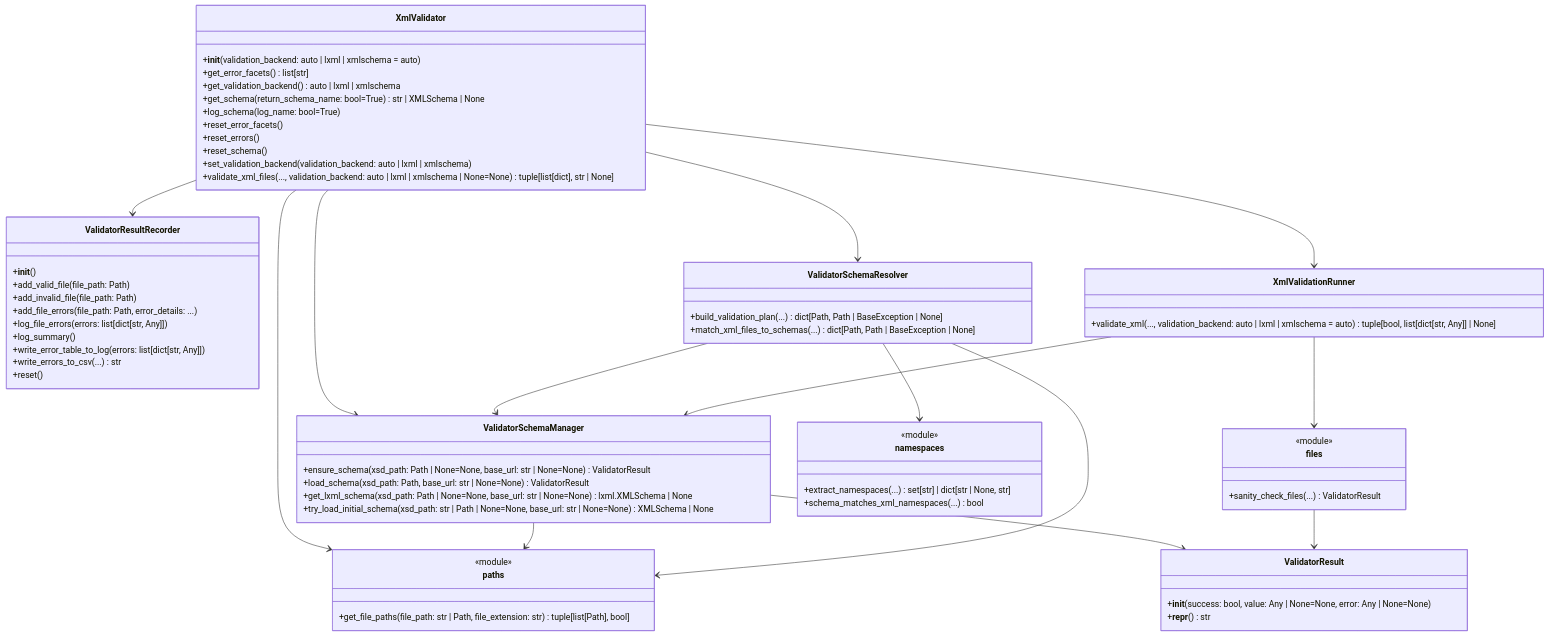
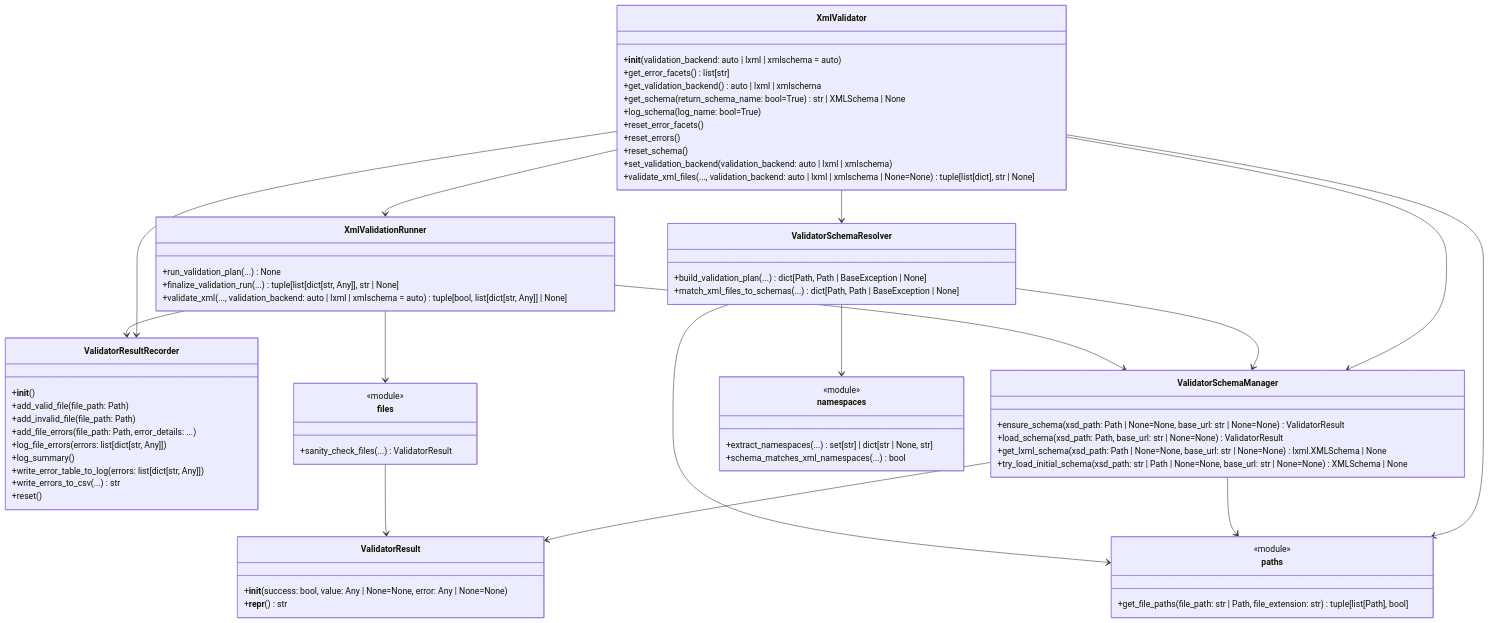
One commit to MichaelHallik/robotframework-xmlvalidator changed the third of 4 diagrams in README.md. Above: the diagram before and after it, drawn with Mermaid. The commit also changed other lines of this file and 31 other files, not shown here.

Commit message:
perf: add backend benchmark reports and update validation flow (#14)

```diff
--- a/README.md
+++ b/README.md
@@ -902,6 +913,8 @@
     }
 
     class XmlValidationRunner {
+        +run_validation_plan(...) None
+        +finalize_validation_run(...) tuple[list[dict[str, Any]], str | None]
         +validate_xml(..., validation_backend: auto | lxml | xmlschema = auto) tuple[bool, list[dict[str, Any]] | None]
     }
 
@@ -935,6 +948,7 @@
     ValidatorSchemaResolver --> namespaces
 
     XmlValidationRunner --> ValidatorSchemaManager
+    XmlValidationRunner --> ValidatorResultRecorder
     XmlValidationRunner --> files
 
     files --> ValidatorResult
```
